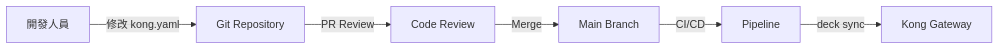
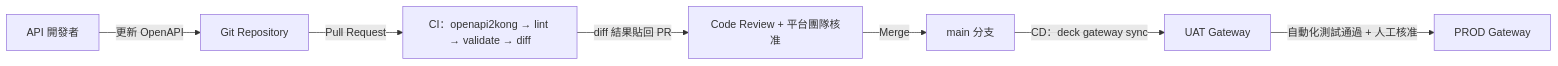
Before and after one commit to chihhung/Blog: diagram 17 of 22 in content/posts/教學/工具/Kong API Gateway教學手冊.md, drawn with Mermaid. The commit also changed other lines of this file and 10 other files, not shown here.

````diff
--- a/content/posts/教學/工具/Kong API Gateway教學手冊.md
+++ b/content/posts/教學/工具/Kong API Gateway教學手冊.md
@@ -1694,8 +3080,9 @@
 ```mermaid
 graph LR
-    Dev[開發人員] -->|修改 kong.yaml| Git[Git Repository]
-    Git -->|PR Review| Review[Code Review]
-    Review -->|Merge| Main[Main Branch]
-    Main -->|CI/CD| Pipeline[Pipeline]
-    Pipeline -->|deck sync| Kong[Kong Gateway]
+    Dev[API 開發者] -->|更新 OpenAPI| Git[Git Repository]
+    Git -->|Pull Request| CI[CI：openapi2kong → lint → validate → diff]
+    CI -->|diff 結果貼回 PR| Review[Code Review + 平台團隊核准]
+    Review -->|Merge| Main[main 分支]
+    Main -->|CD：deck gateway sync| UAT[UAT Gateway]
+    UAT -->|自動化測試通過 + 人工核准| Prod[PROD Gateway]
 ```
````
